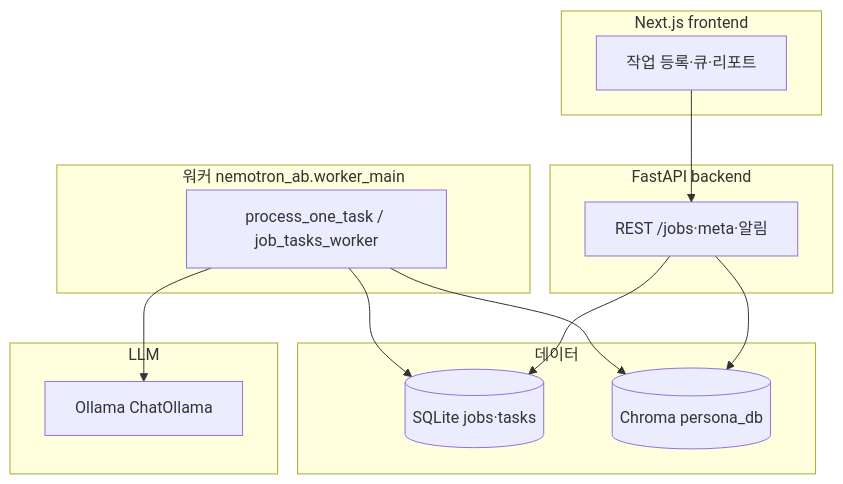
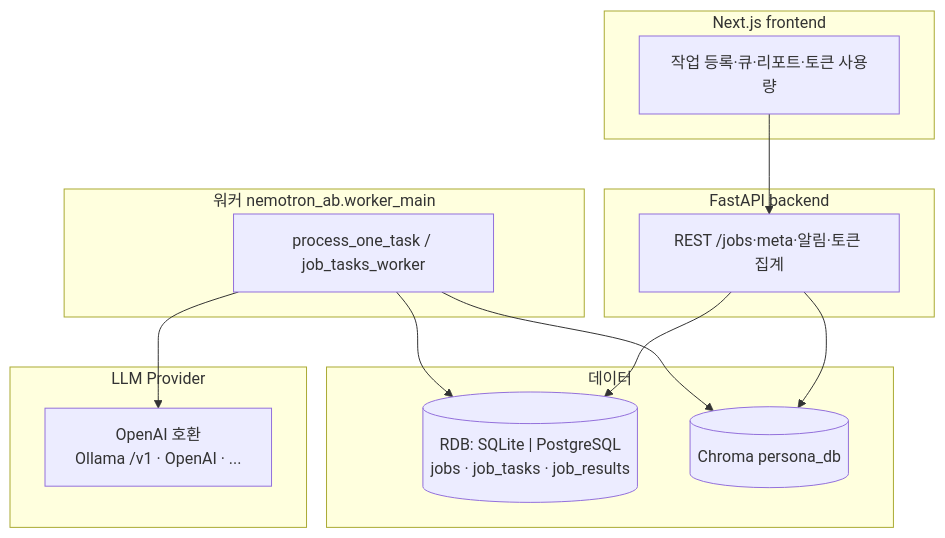
Before and after one commit to munggae-dev/Nemotron-AB: the diagram in docs/project-overview.md, drawn with Mermaid. The commit also changed other lines of this file and 4 other files, not shown here.

````diff
--- a/docs/project-overview.md
+++ b/docs/project-overview.md
@@ -11,25 +11,25 @@
 ```mermaid
 flowchart TB
   subgraph web [Next.js frontend]
-    UI[작업 등록·큐·리포트]
+    UI[작업 등록·큐·리포트·토큰 사용량]
   end
   subgraph api [FastAPI backend]
-    REST[REST /jobs·meta·알림]
+    REST[REST /jobs·meta·알림·토큰 집계]
   end
   subgraph data [데이터]
-    SQLite[(SQLite jobs·tasks)]
+    RDB[("RDB: SQLite | PostgreSQL<br/>jobs · job_tasks · job_results")]
     Chroma[(Chroma persona_db)]
   end
   subgraph worker [워커 nemotron_ab.worker_main]
     W[process_one_task / job_tasks_worker]
   end
-  subgraph llm [LLM]
-    Ollama[Ollama ChatOllama]
+  subgraph llm [LLM Provider]
+    OAICompat[OpenAI 호환<br/>Ollama /v1 · OpenAI · ...]
   end
   UI --> REST
-  REST --> SQLite
+  REST --> RDB
   REST --> Chroma
-  W --> SQLite
+  W --> RDB
   W --> Chroma
-  W --> Ollama
+  W --> OAICompat
 ```
````
